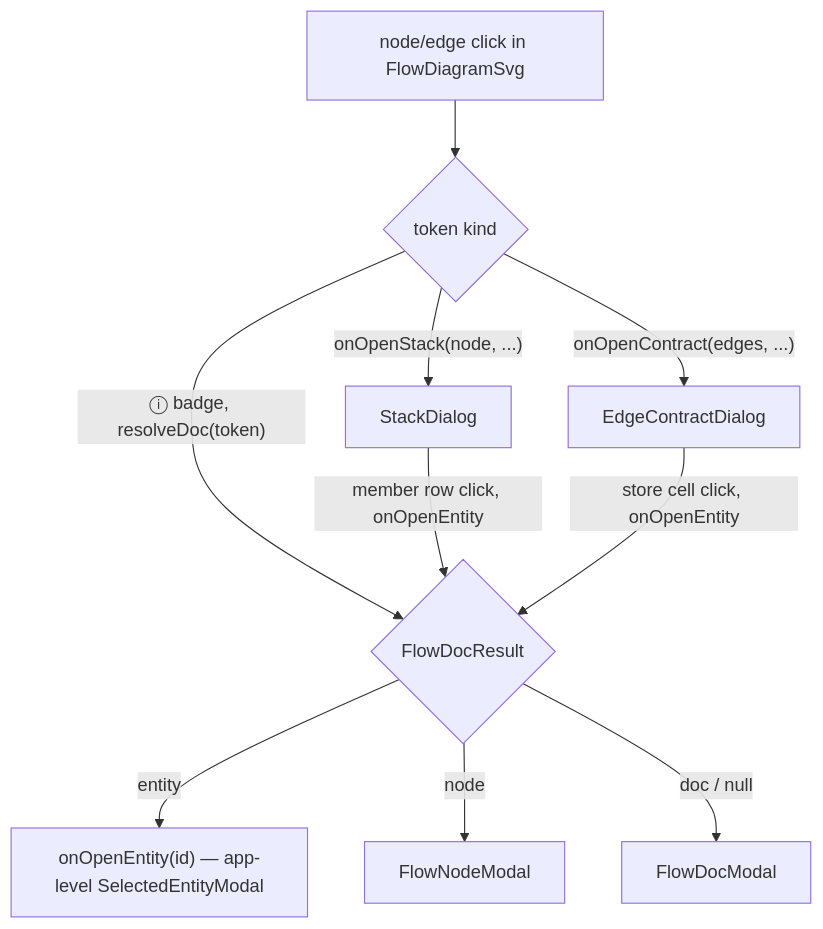
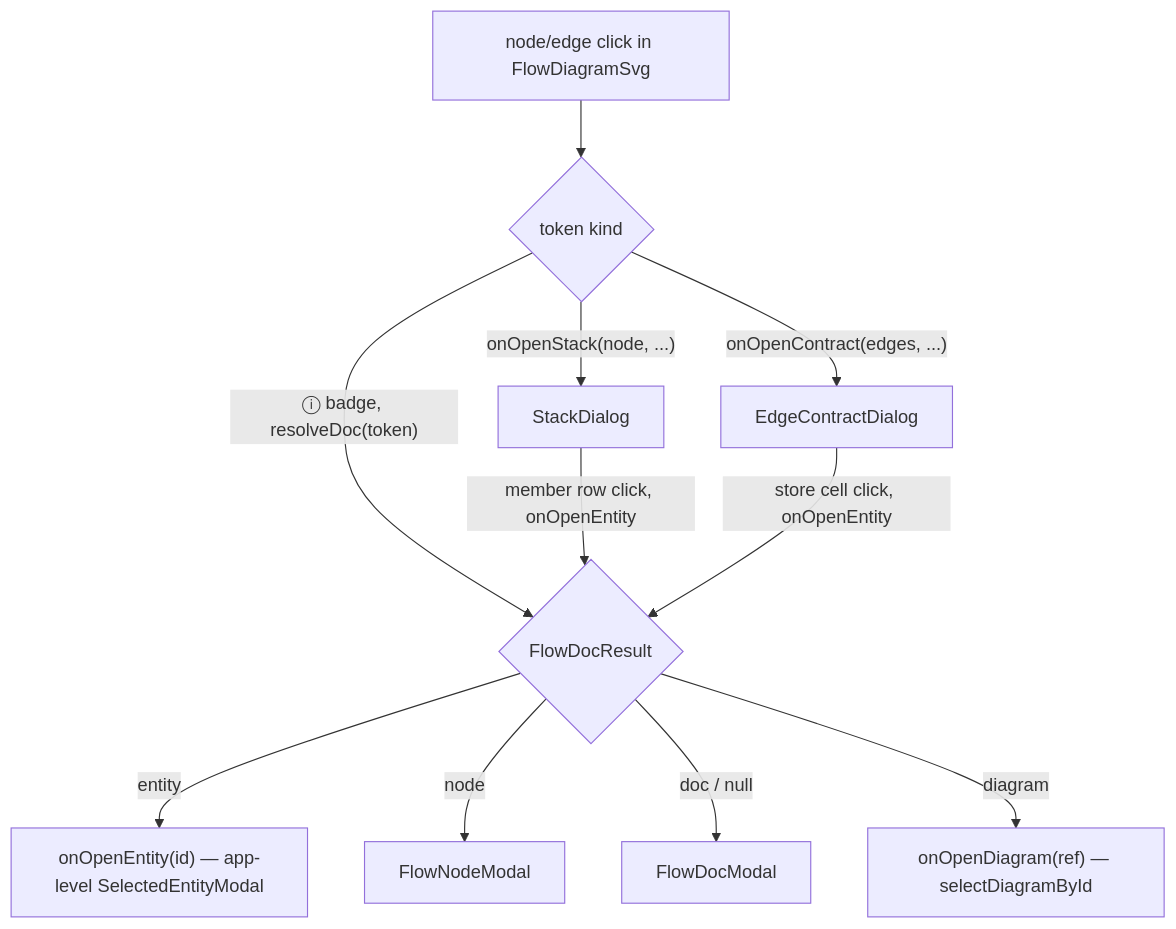
The second of 10 diagrams in docs/wiki/frontend.md (noormdev/ignatius), drawn with Mermaid before and after one commit. The commit also changed other lines of this file and 46 other files, not shown here.

Commit message:
feat(viewer): navigation history, zoomable diagrams, explained changes

````diff
--- a/docs/wiki/frontend.md
+++ b/docs/wiki/frontend.md
@@ -47,12 +47,13 @@
 ```mermaid
 flowchart TD
     click["node/edge click in FlowDiagramSvg"] --> kind{token kind}
     kind -->|"ⓘ badge, resolveDoc(token)"| resolve{FlowDocResult}
     resolve -->|entity| openEntity["onOpenEntity(id) — app-level SelectedEntityModal"]
     resolve -->|node| FlowNodeModal
     resolve -->|doc / null| FlowDocModal
+    resolve -->|diagram| openDiagram["onOpenDiagram(ref) — selectDiagramById"]
     kind -->|"onOpenContract(edges, ...)"| EdgeContractDialog
     kind -->|"onOpenStack(node, ...)"| StackDialog
     StackDialog -->|"member row click, onOpenEntity"| resolve
     EdgeContractDialog -->|"store cell click, onOpenEntity"| resolve
 ```
````
